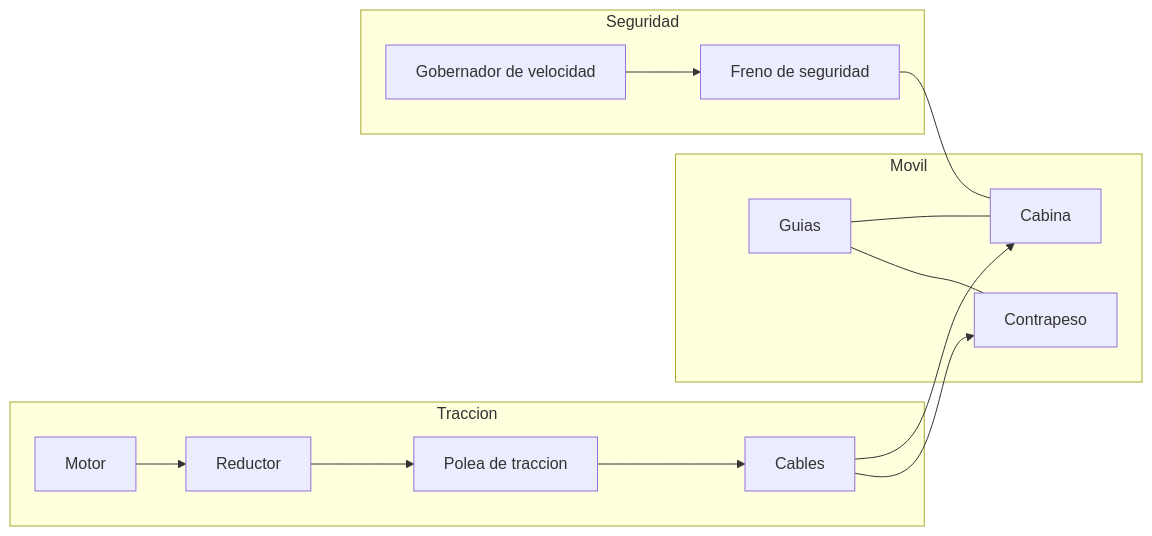
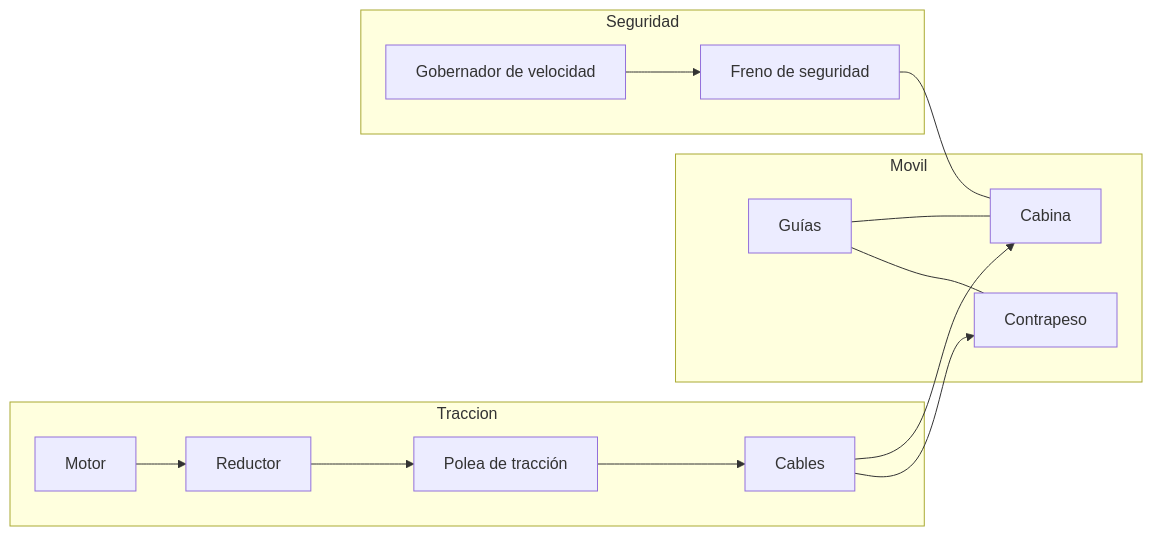
The first of 3 diagrams in vehiculos/ascensores/operacion/sistemas-mecanicos-ascensor.md (vladimiracunadev-create/machine-operator-program), drawn with Mermaid before and after one commit. The commit also changed other lines of this file and 442 other files, not shown here.

````diff
--- a/vehiculos/ascensores/operacion/sistemas-mecanicos-ascensor.md
+++ b/vehiculos/ascensores/operacion/sistemas-mecanicos-ascensor.md
@@ -9,17 +9,17 @@
 ```mermaid
 flowchart LR
     subgraph Traccion
-        Mo[Motor] --> Re[Reductor] --> Po[Polea de traccion]
+        Mo[Motor] --> Re[Reductor] --> Po[Polea de tracción]
         Po --> Ca[Cables]
     end
     subgraph Movil
         Ca --> Cab[Cabina]
         Ca --> Con[Contrapeso]
-        Gu[Guias] --- Cab
+        Gu[Guías] --- Cab
         Gu --- Con
     end
     subgraph Seguridad
         Go[Gobernador de velocidad] --> Pa[Freno de seguridad]
         Pa --- Cab
     end
 ```
````
